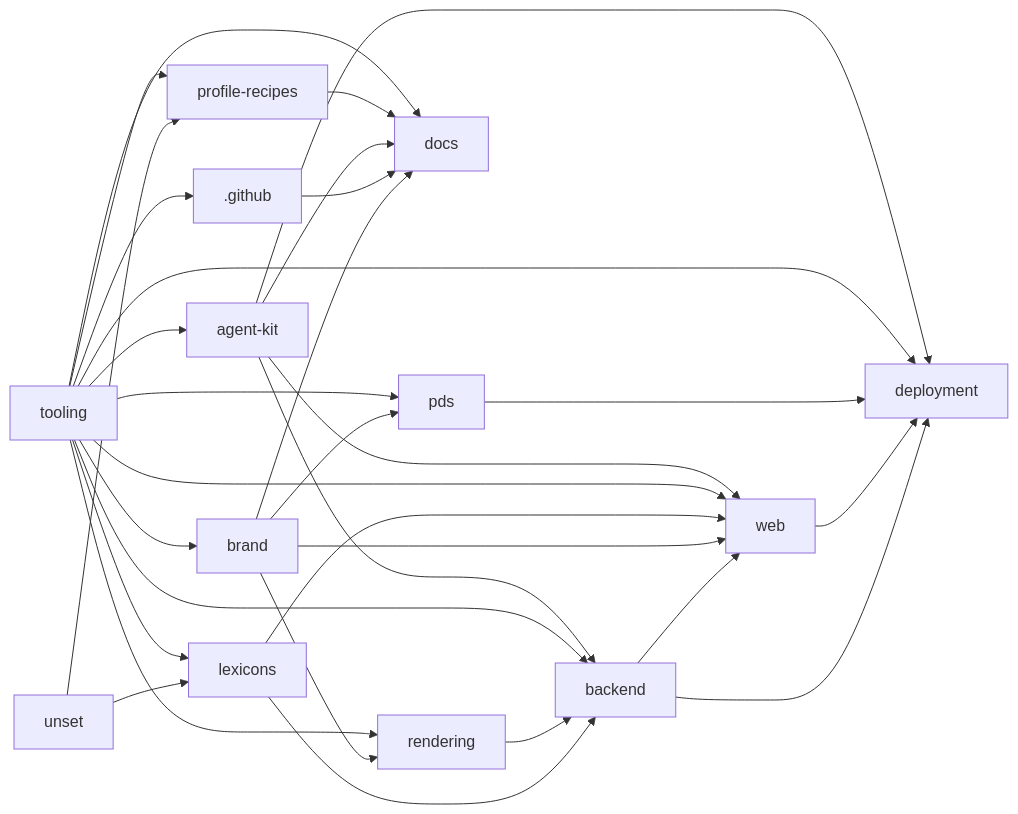
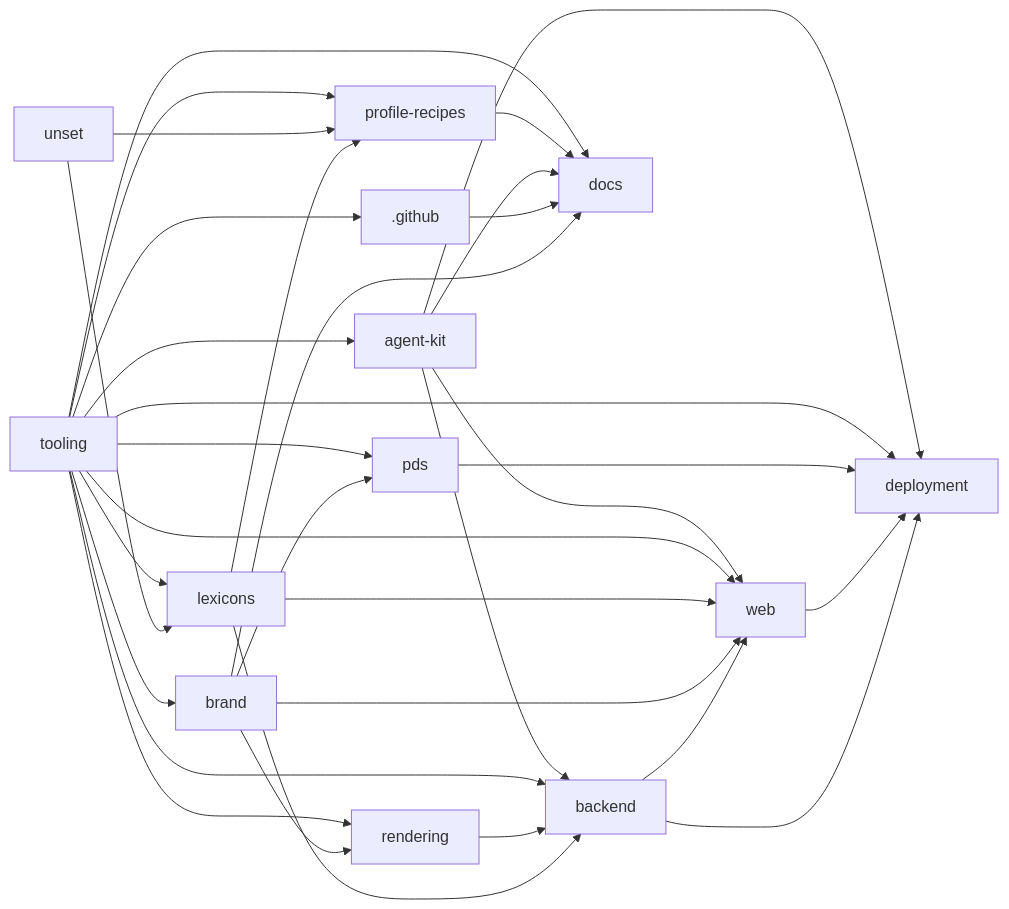
Before and after one commit to unset-sh/.github: the diagram in MAP.md, drawn with Mermaid. The commit also changed other lines of this file and 1 other file, not shown here.

First line of the commit message:
Record lexicons and recipe dependencies

````diff
--- a/MAP.md
+++ b/MAP.md
@@ -33,46 +33,47 @@
 ```mermaid
 flowchart LR
   r_web["web"]
   r_backend["backend"]
   r_deployment["deployment"]
   r_unset["unset"]
   r__github[".github"]
   r_tooling["tooling"]
   r_brand["brand"]
   r_rendering["rendering"]
   r_profile_recipes["profile-recipes"]
   r_docs["docs"]
   r_pds["pds"]
   r_lexicons["lexicons"]
   r_agent_kit["agent-kit"]
   r_backend --> r_web
   r_brand --> r_web
   r_lexicons --> r_web
   r_tooling --> r_web
   r_agent_kit --> r_web
   r_lexicons --> r_backend
   r_rendering --> r_backend
   r_tooling --> r_backend
   r_agent_kit --> r_backend
   r_backend --> r_deployment
   r_web --> r_deployment
   r_pds --> r_deployment
   r_tooling --> r_deployment
   r_agent_kit --> r_deployment
   r_tooling --> r__github
   r_tooling --> r_brand
   r_brand --> r_rendering
   r_tooling --> r_rendering
+  r_lexicons --> r_profile_recipes
   r_unset --> r_profile_recipes
   r_tooling --> r_profile_recipes
   r_brand --> r_docs
   r__github --> r_docs
   r_agent_kit --> r_docs
   r_profile_recipes --> r_docs
   r_tooling --> r_docs
   r_brand --> r_pds
   r_tooling --> r_pds
   r_unset --> r_lexicons
   r_tooling --> r_lexicons
   r_tooling --> r_agent_kit
 ```
````
